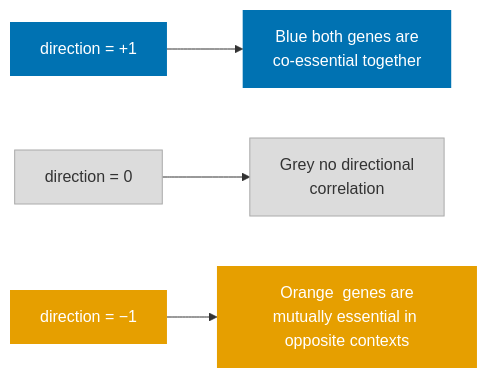
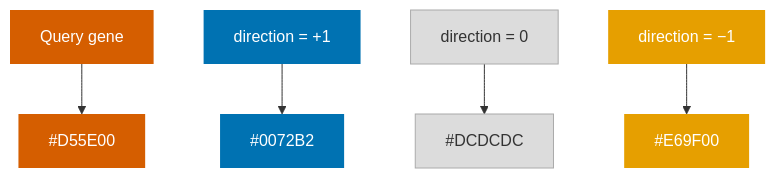
One commit to EMBL-EBI-ABC/PerturbationCatalogue changed the third of 3 diagrams in coessentiality_feature/documentation/single_gene_workflow.md. Above: the diagram before and after it, drawn with Mermaid. The commit also changed other lines of this file and 2 other files, not shown here.

Commit message:
Polish documentation: simplify Wainberg differences, fix stale GO:BP diagram, consistency pass
- README.md: simplify "Differences from Wainberg et al." section, move the
  GLS auto-bias-correction quote to the OR-PCA bullet where it belongs; fix
  the Dash App startup list (was missing 2 of 5 startup files); flag
  google-cloud-storage as optional/commented-out in both Dependencies rows.
- single_gene_workflow.md: condense the sorting rationale, add a colour/hex
  table for query gene + direction colours, remove a duplicated sentence.
- gene_list_workflow.md: make edge colours a table (consistent with node
  colours and single_gene_workflow's wording); remove the "before vs after"
  history section per reviewer's "final product, not discussion history"
  preference, folding the one still-relevant fact (background gene set)
  into the existing steps; fix a stale diagram node that still showed the
  removed live-Enrichr-API call instead of the current local gp.enrich().

````diff
--- a/coessentiality_feature/documentation/single_gene_workflow.md
+++ b/coessentiality_feature/documentation/single_gene_workflow.md
@@ -76,11 +76,13 @@
 ```mermaid
-flowchart LR
+flowchart TD
 
-classDef pos fill:#0072B2,color:#fff,stroke:none
-classDef neu fill:#DCDCDC,color:#333,stroke:#aaa
-classDef neg fill:#E69F00,color:#fff,stroke:none
+classDef query fill:#D55E00,color:#fff,stroke:none
+classDef pos   fill:#0072B2,color:#fff,stroke:none
+classDef neu   fill:#DCDCDC,color:#333,stroke:#aaa
+classDef neg   fill:#E69F00,color:#fff,stroke:none
 
-A[direction = +1]:::pos --> B[Blue  both genes are\nco-essential together]:::pos
-C[direction = 0]:::neu --> D[Grey  no directional\ncorrelation]:::neu
-E[direction = −1]:::neg --> F[Orange  genes are\nmutually essential in opposite contexts]:::neg
+Q[Query gene]:::query     --> QC[#D55E00]:::query
+A[direction = +1]:::pos   --> B[#0072B2]:::pos
+C[direction = 0]:::neu    --> D[#DCDCDC]:::neu
+E[direction = −1]:::neg   --> F[#E69F00]:::neg
 ```
````
